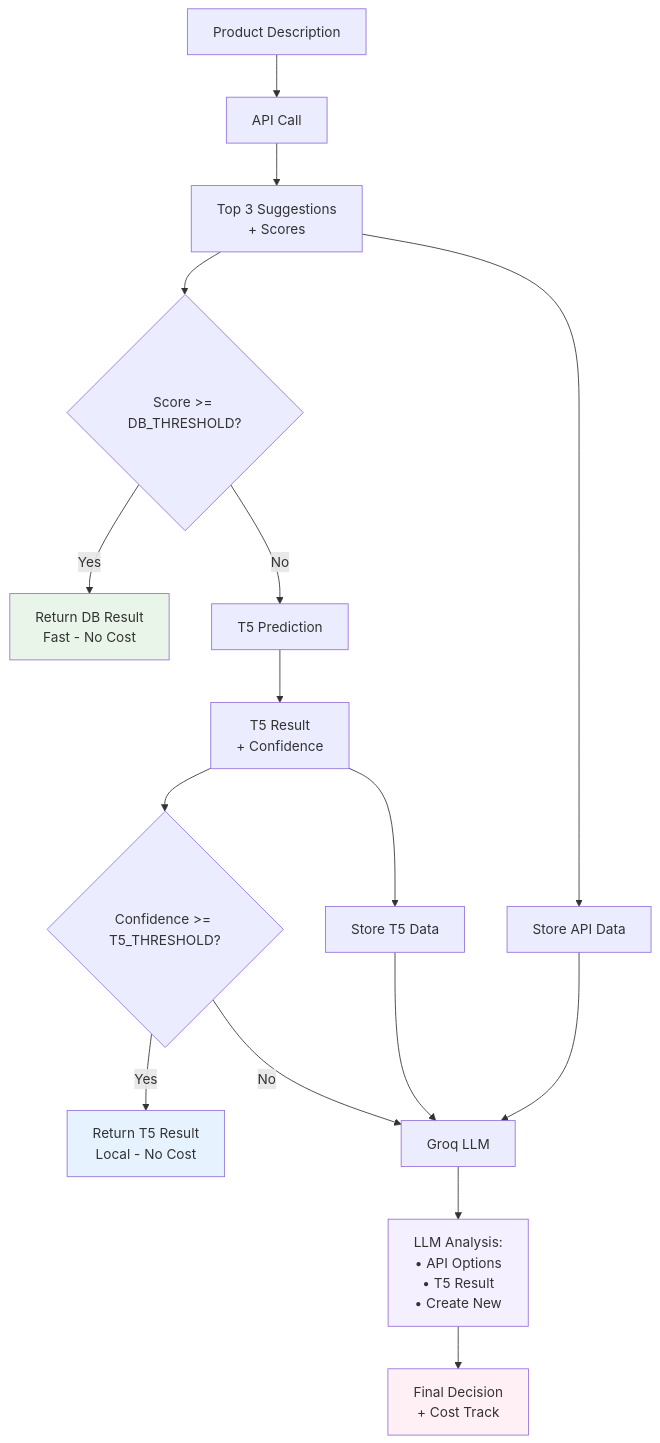
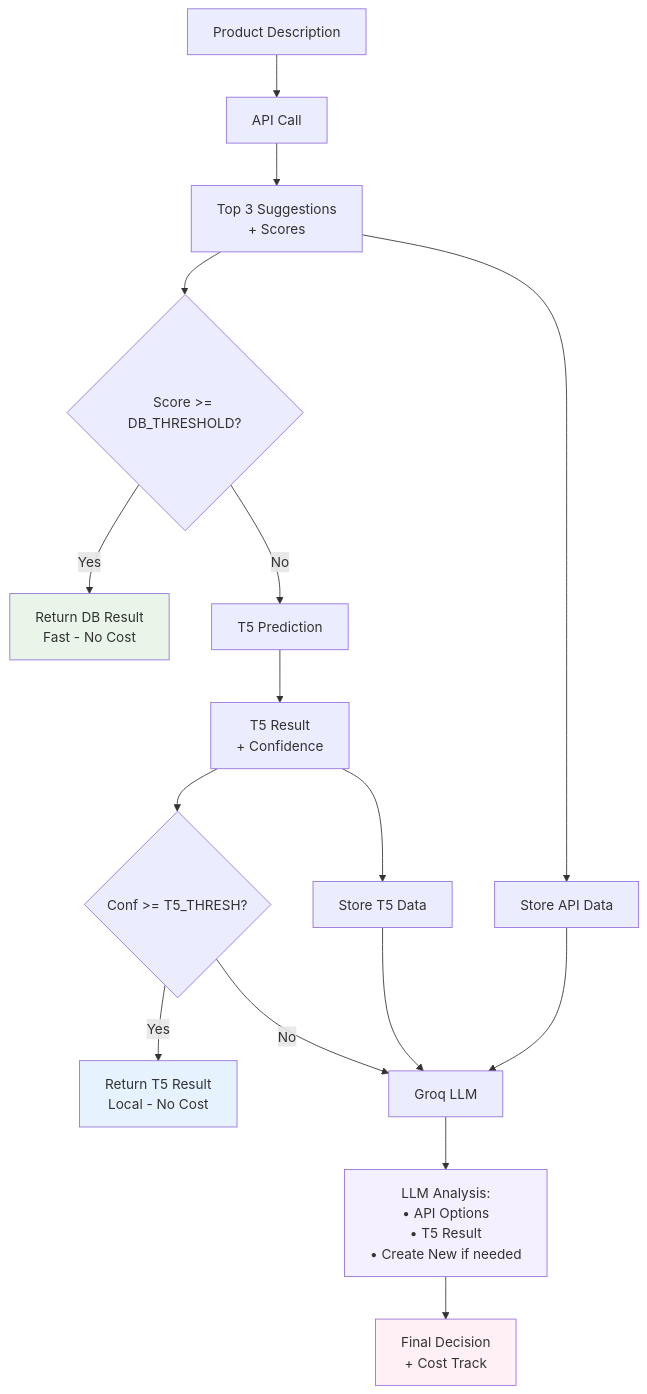
One commit to ismailsaid2001/product_matching_new_api changed the diagram in README.md. Above: the diagram before and after it, drawn with Mermaid.

Commit message:
updated Readme file

````diff
--- a/README.md
+++ b/README.md
@@ -18,25 +18,25 @@
 ```mermaid
 graph TD
     A[Product Description] --> B[API Call]
     B --> B1[Top 3 Suggestions<br/>+ Scores]
     B1 --> C{Score >= DB_THRESHOLD?}
     C -->|Yes| D[Return DB Result<br/>Fast - No Cost]
     C -->|No| E[T5 Prediction]
     E --> E1[T5 Result<br/>+ Confidence]
-    E1 --> F{Confidence >= T5_THRESHOLD?}
+    E1 --> F{Conf >= T5_THRESH?}
     F -->|Yes| G[Return T5 Result<br/>Local - No Cost]
     F -->|No| H[Groq LLM]
     
     B1 --> H1[Store API Data]
     E1 --> H2[Store T5 Data]
     H1 --> H
     H2 --> H
     
-    H --> H3[LLM Analysis:<br/>• API Options<br/>• T5 Result<br/>• Create New]
+    H --> H3[LLM Analysis:<br/>• API Options<br/>• T5 Result<br/>• Create New if needed]
     H3 --> I[Final Decision<br/>+ Cost Track]
     
     style D fill:#E8F5E8
     style G fill:#E6F3FF  
     style I fill:#FFF0F5
     style H3 fill:#F5F0FF
 ```
````
